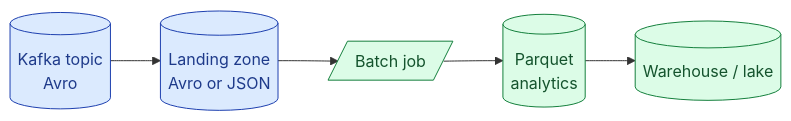
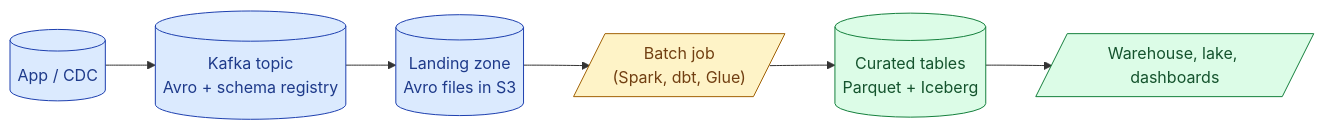
One commit to shiningflash/shiningflash.github.io changed the third of 3 diagrams in _de_concepts/018-orc-vs-parquet-vs-avro.md. Above: the diagram before and after it, drawn with Mermaid. The commit also changed other lines of this file and 69 other files, not shown here.

````diff
--- a/_de_concepts/018-orc-vs-parquet-vs-avro.md
+++ b/_de_concepts/018-orc-vs-parquet-vs-avro.md
@@ -18,10 +83,12 @@
 ```mermaid
 flowchart LR
-    K[("Kafka topic<br/>Avro")]:::a --> LZ[("Landing zone<br/>Avro or JSON")]:::a
-    LZ --> Curate[/"Batch job"/]:::p
-    Curate --> P[("Parquet<br/>analytics")]:::p
-    P --> WH[("Warehouse / lake")]:::p
+    App[("App / CDC")]:::a --> K[("Kafka topic<br/>Avro + schema registry")]:::a
+    K --> Land[("Landing zone<br/>Avro files in S3")]:::a
+    Land --> Batch[/"Batch job<br/>(Spark, dbt, Glue)"/]:::y
+    Batch --> Curated[("Curated tables<br/>Parquet + Iceberg")]:::g
+    Curated --> WH[/"Warehouse, lake, dashboards"/]:::g
 
     classDef a fill:#dbeafe,stroke:#1e40af,color:#1e3a8a
-    classDef p fill:#dcfce7,stroke:#15803d,color:#14532d
+    classDef y fill:#fef3c7,stroke:#a16207,color:#713f12
+    classDef g fill:#dcfce7,stroke:#15803d,color:#14532d
 ```
````
